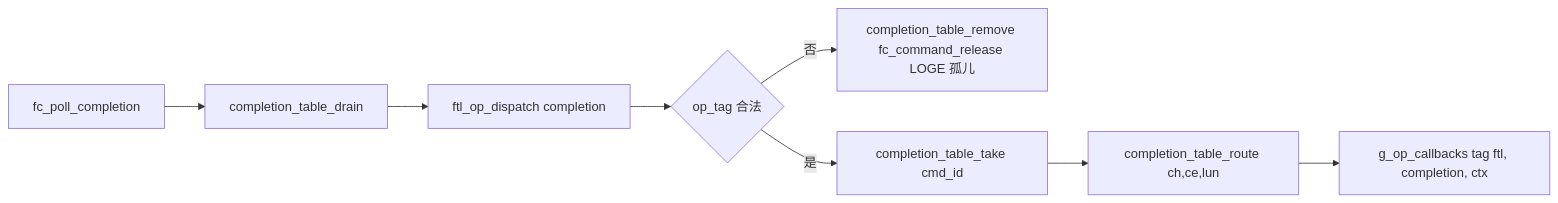
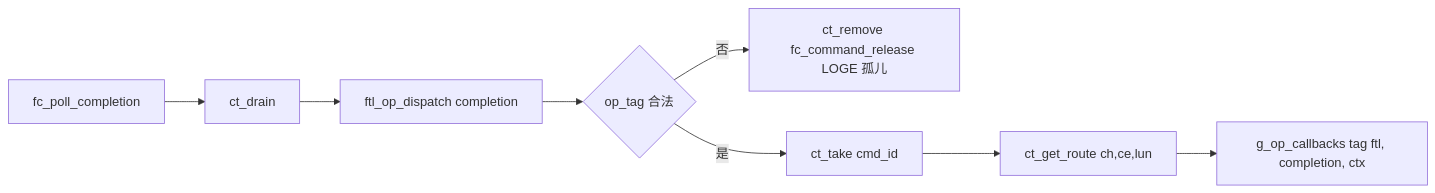
One commit to YzYMIAO/BASESSD changed diagram 18 of 32 in docs/design/ftl_design.md. Above: the diagram before and after it, drawn with Mermaid. The commit also changed other lines of this file and 48 other files, not shown here.

````diff
--- a/docs/design/ftl_design.md
+++ b/docs/design/ftl_design.md
@@ -2827,10 +2827,10 @@
 ```mermaid
 flowchart LR
-    A["fc_poll_completion"] --> B["completion_table_drain"]
+    A["fc_poll_completion"] --> B["ct_drain"]
     B --> C["ftl_op_dispatch completion"]
     C --> D{"op_tag 合法"}
-    D -- "否" --> E["completion_table_remove fc_command_release LOGE 孤儿"]
-    D -- "是" --> F["completion_table_take cmd_id"]
-    F --> G["completion_table_route ch,ce,lun"]
+    D -- "否" --> E["ct_remove fc_command_release LOGE 孤儿"]
+    D -- "是" --> F["ct_take cmd_id"]
+    F --> G["ct_get_route ch,ce,lun"]
     G --> H["g_op_callbacks tag ftl, completion, ctx"]
 ```
````
